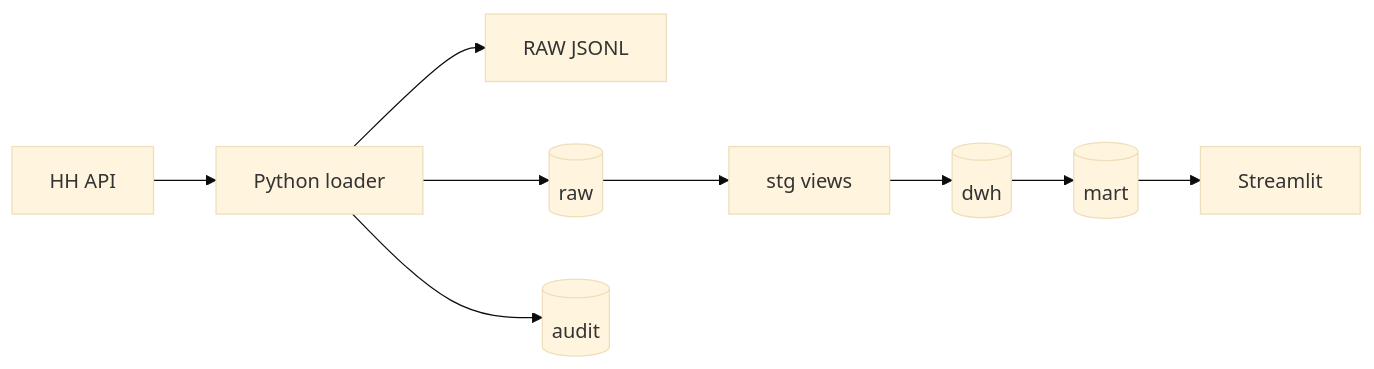
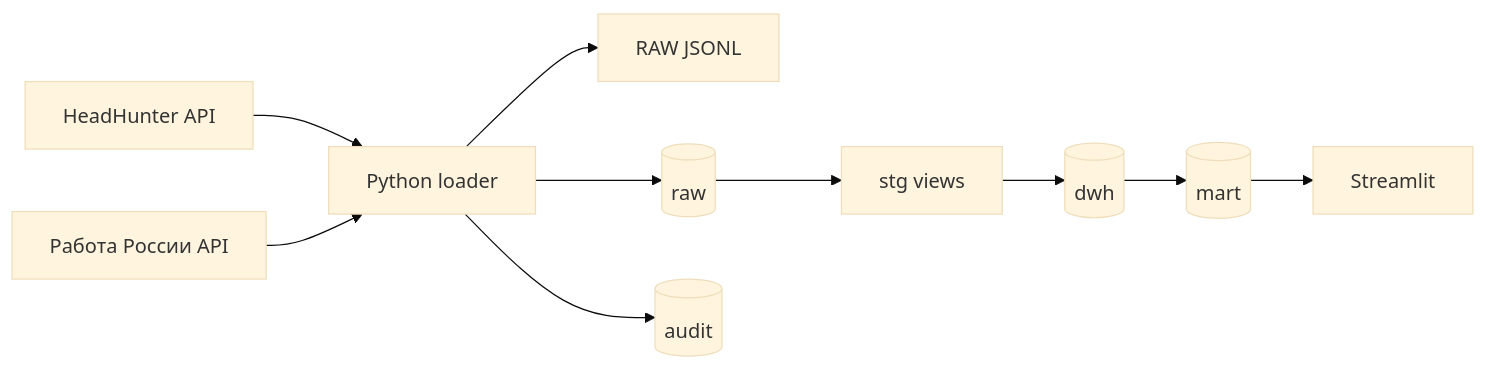
One commit to us6fu1/it-job-market-observatory changed the diagram in docs/architecture.md. Above: the diagram before and after it, drawn with Mermaid (base theme). The commit also changed other lines of this file and 7 other files, not shown here.

````diff
--- a/docs/architecture.md
+++ b/docs/architecture.md
@@ -7,11 +8,12 @@
 ```mermaid
 flowchart LR
-    HH[HH API] --> Loader[Python loader]
+    HH[HeadHunter API] --> Loader[Python loader]
+    TV[Работа России API] --> Loader
     Loader --> Files[RAW JSONL]
     Loader --> Raw[(raw)]
     Loader --> Audit[(audit)]
     Raw --> Stg[stg views]
     Stg --> Dwh[(dwh)]
     Dwh --> Mart[(mart)]
     Mart --> Dashboard[Streamlit]
 ```
````
